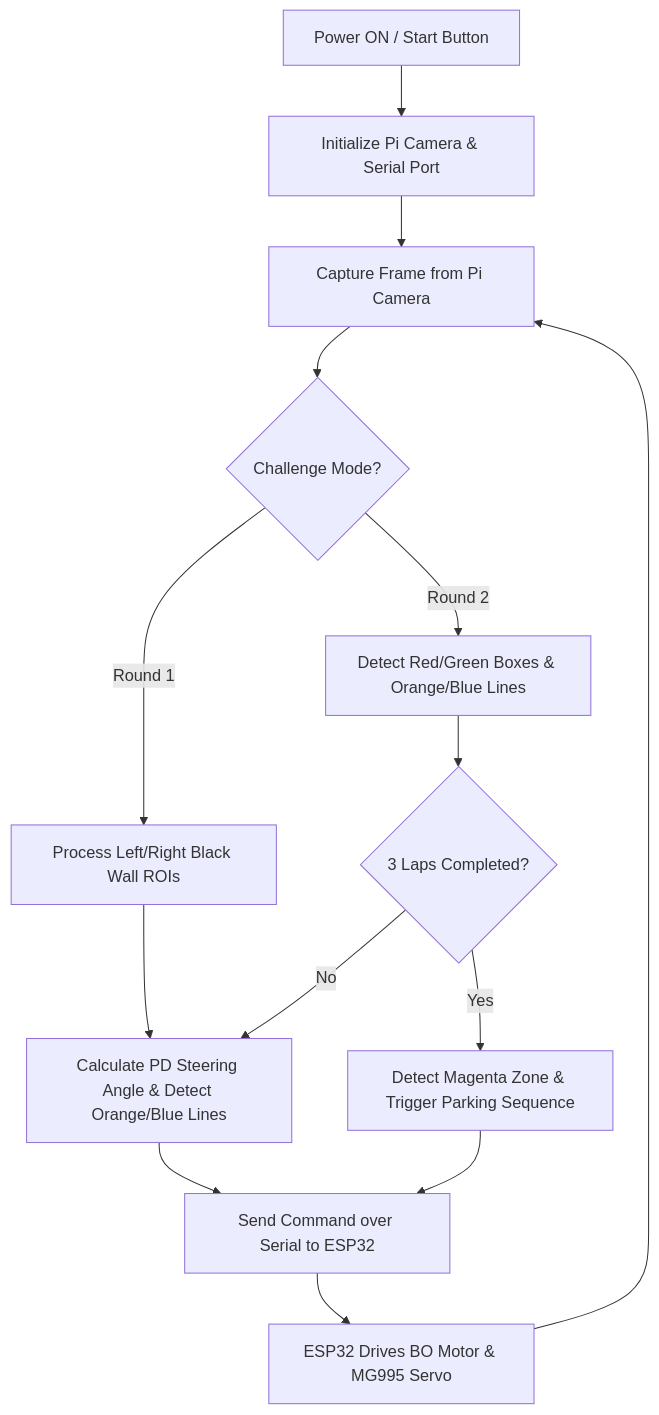
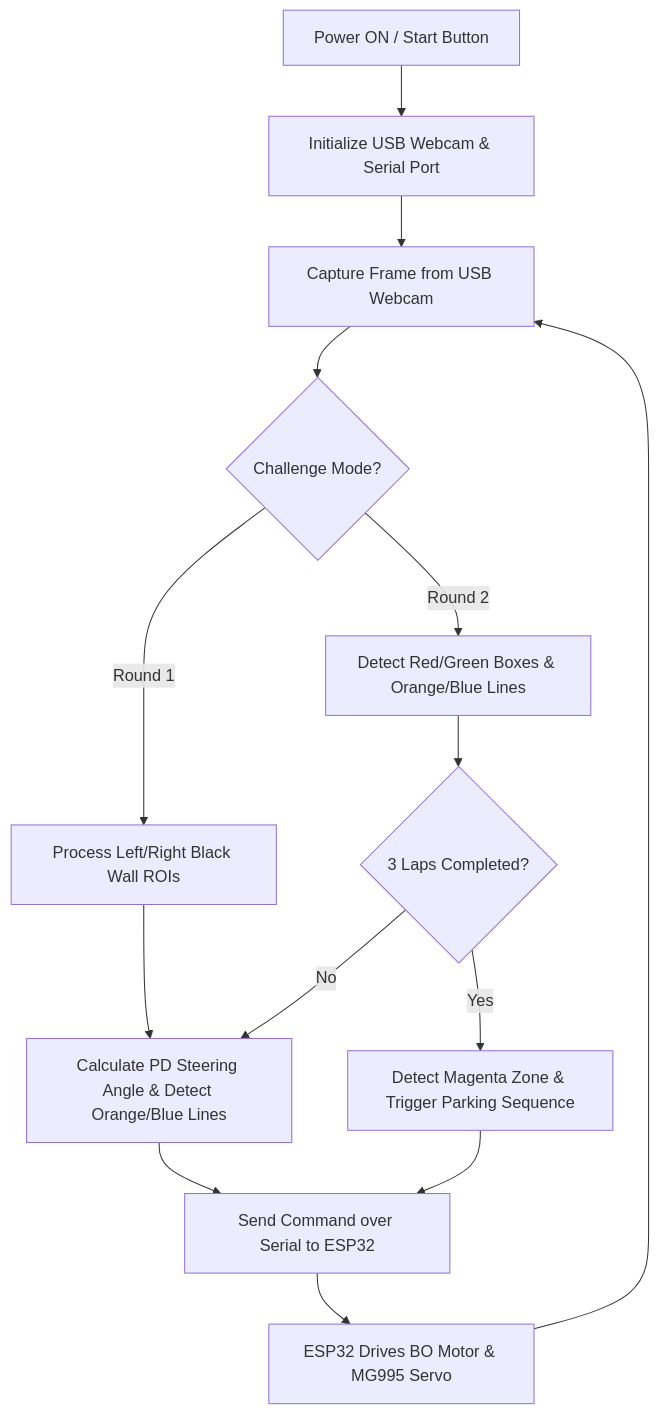
Before and after one commit to mabamano/WRO_2026-RoboVanguard: the diagram in README.md, drawn with Mermaid. The commit also changed other lines of this file and 47 other files, not shown here.

````diff
--- a/README.md
+++ b/README.md
@@ -127,16 +125,16 @@
 ```mermaid
 flowchart TD
-    A[Power ON / Start Button] --> B[Initialize Pi Camera & Serial Port]
-    B --> C[Capture Frame from Pi Camera]
+    A[Power ON / Start Button] --> B[Initialize USB Webcam & Serial Port]
+    B --> C[Capture Frame from USB Webcam]
     C --> D{Challenge Mode?}
     D -- Round 1 --> E[Process Left/Right Black Wall ROIs]
     E --> F[Calculate PD Steering Angle & Detect Orange/Blue Lines]
     D -- Round 2 --> G[Detect Red/Green Boxes & Orange/Blue Lines]
     G --> H{3 Laps Completed?}
     H -- No --> F
     H -- Yes --> I[Detect Magenta Zone & Trigger Parking Sequence]
     F --> J[Send Command over Serial to ESP32]
     I --> J
     J --> K[ESP32 Drives BO Motor & MG995 Servo]
     K --> C
 ```
````
